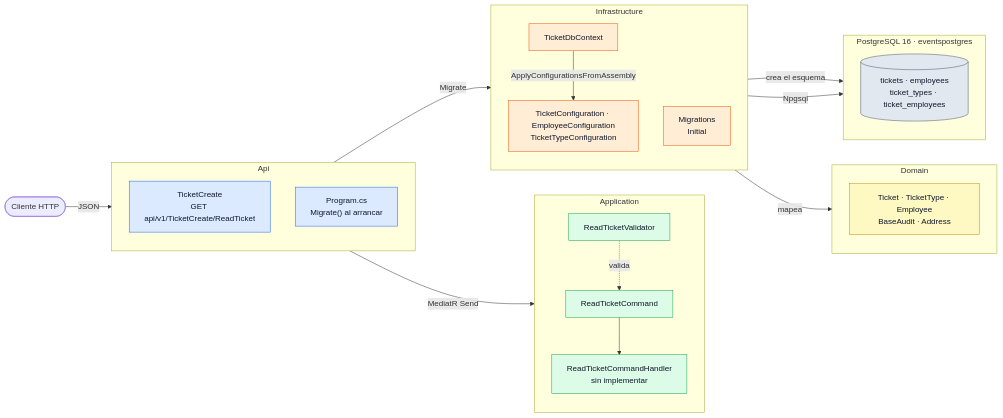
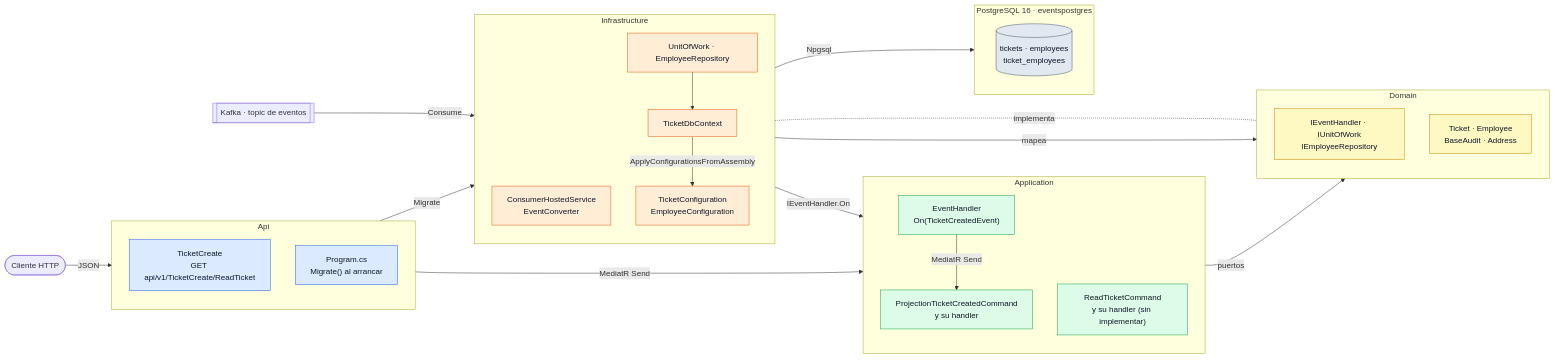
One commit to rubendevvalencia/BackendPortfolio changed the second of 3 diagrams in Microservices-Events/docs/query/arquitectura.md. Above: the diagram before and after it, drawn with Mermaid. The commit also changed other lines of this file and 15 other files, not shown here.

````diff
--- a/Microservices-Events/docs/query/arquitectura.md
+++ b/Microservices-Events/docs/query/arquitectura.md
@@ -51,55 +62,61 @@
 ```mermaid
 flowchart LR
     Client([Cliente HTTP])
+    KAFKA[["Kafka · topic de eventos"]]
 
     subgraph API["Api"]
         direction TB
         Ctrl["TicketCreate<br/>GET api/v1/TicketCreate/ReadTicket"]
         Prog["Program.cs<br/>Migrate() al arrancar"]
     end
 
     subgraph APP["Application"]
         direction TB
-        Cmd["ReadTicketCommand"]
-        Handler["ReadTicketCommandHandler<br/>sin implementar"]
-        Val["ReadTicketValidator"]
+        EH["EventHandler<br/>On(TicketCreatedEvent)"]
+        PCmd["ProjectionTicketCreatedCommand<br/>y su handler"]
+        RCmd["ReadTicketCommand<br/>y su handler (sin implementar)"]
     end
 
     subgraph DOM["Domain"]
         direction TB
-        Ent["Ticket · TicketType · Employee<br/>BaseAudit · Address"]
+        Ports["IEventHandler · IUnitOfWork<br/>IEmployeeRepository"]
+        Ent["Ticket · Employee<br/>BaseAudit · Address"]
     end
 
     subgraph INF["Infrastructure"]
         direction TB
+        Cons["ConsumerHostedService<br/>EventConverter"]
+        Repo["UnitOfWork · EmployeeRepository"]
         Ctx["TicketDbContext"]
-        Cfg["TicketConfiguration · EmployeeConfiguration<br/>TicketTypeConfiguration"]
-        Mig["Migrations<br/>Initial"]
+        Cfg["TicketConfiguration<br/>EmployeeConfiguration"]
     end
 
     subgraph DB["PostgreSQL 16 · eventspostgres"]
         direction TB
-        Tables[("tickets · employees<br/>ticket_types · ticket_employees")]
+        Tables[("tickets · employees<br/>ticket_employees")]
     end
 
+    KAFKA -->|Consume| Cons
+    Cons -->|IEventHandler.On| EH
+    EH -->|MediatR Send| PCmd
+    PCmd -->|puertos| Ports
+    Repo -.-|implementa| Ports
+    Repo --> Ctx
     Client -->|JSON| Ctrl
-    Ctrl -->|MediatR Send| Cmd
-    Cmd --> Handler
-    Val -.->|valida| Cmd
+    Ctrl -->|MediatR Send| RCmd
     Prog -->|Migrate| Ctx
     Ctx -->|ApplyConfigurationsFromAssembly| Cfg
     Cfg -->|mapea| Ent
-    Mig -->|crea el esquema| Tables
     Ctx -->|Npgsql| Tables
 
     classDef api fill:#dbeafe,stroke:#2563eb,color:#0f172a
     classDef app fill:#dcfce7,stroke:#16a34a,color:#0f172a
     classDef dom fill:#fef9c3,stroke:#ca8a04,color:#0f172a
     classDef inf fill:#ffedd5,stroke:#ea580c,color:#0f172a
     classDef db fill:#e2e8f0,stroke:#475569,color:#0f172a
     class Ctrl,Prog api
-    class Cmd,Handler,Val app
-    class Ent dom
-    class Ctx,Cfg,Mig inf
+    class EH,PCmd,RCmd app
+    class Ports,Ent dom
+    class Cons,Repo,Ctx,Cfg inf
     class Tables db
 ```
````
